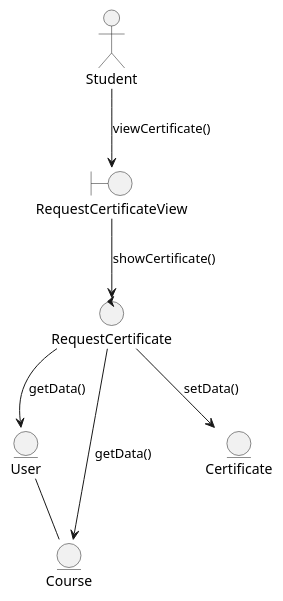
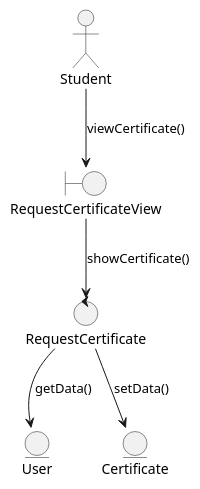
Before and after one commit to Carverz/IS-022023_Proyecto-Grupo-4: the diagram in docs/logicalView/analysisView/useCaseAnalysis/DiagramaDeColaboracionDeSolicitarCertificado.plantuml, drawn with PlantUML. The commit also changed 1 other file, not shown here.

Commit message:
Modificacion diagrama DiagramaDeColaboracionDeSolicitarCertificado

```diff
--- a/docs/logicalView/analysisView/useCaseAnalysis/DiagramaDeColaboracionDeSolicitarCertificado.plantuml
+++ b/docs/logicalView/analysisView/useCaseAnalysis/DiagramaDeColaboracionDeSolicitarCertificado.plantuml
@@ -1,26 +1,24 @@
 @startuml DiagramaDeColaboracionDeSolicitarCertificado
 
 :Student: as o1
 
 
 boundary RequestCertificateView
 
 control "RequestCertificate" as o2
 
 
 entity "User" as o4
-entity "Course" as o5
+
 entity "Certificate" as o6
 
 o1 --> RequestCertificateView: "viewCertificate()"
 
 RequestCertificateView --> o2: "showCertificate()"
 o2 --> o4:"getData()"
-o2 --> o5: "getData()"
 
-o4 -- o5
 o2 --> o6: "setData()"
 
 
 
 @enduml
```
